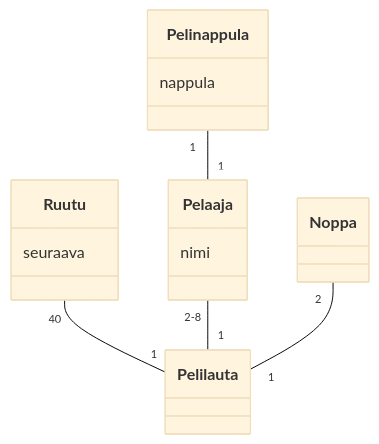
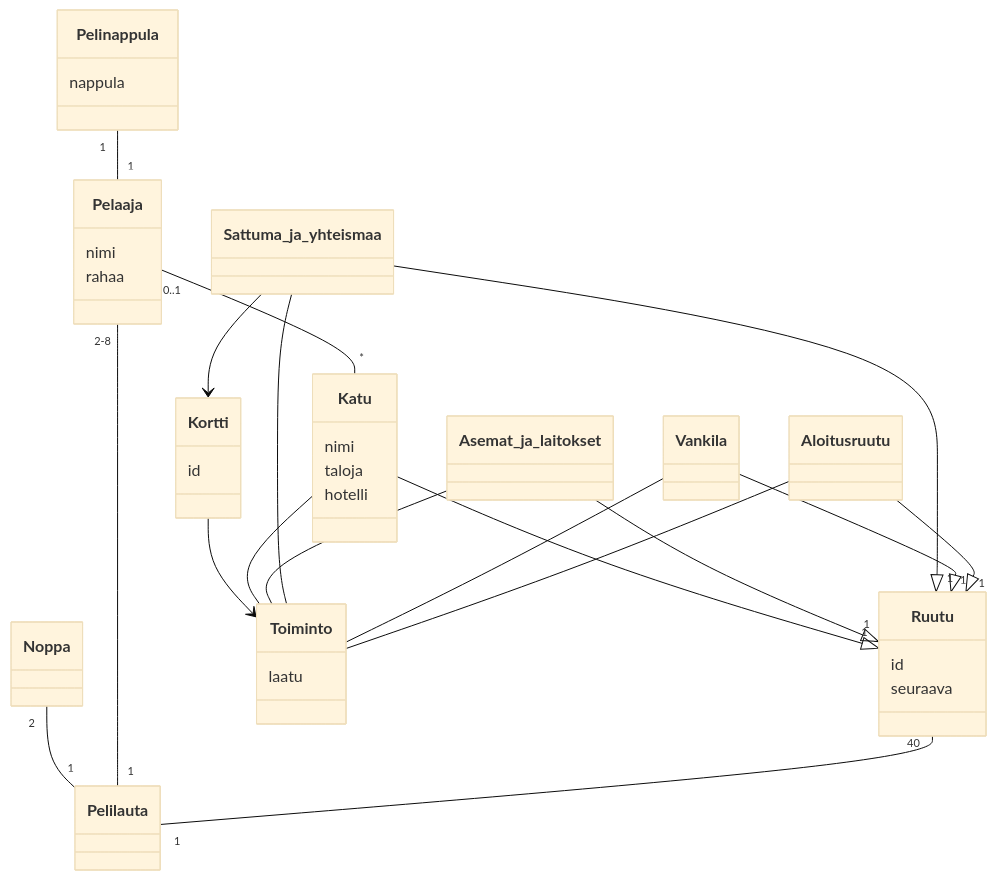
Before and after one commit to Veetihei/ot-harjoitustyo: the diagram in laskarit/viikko3/monopoli.md, drawn with Mermaid (base theme).

Commit message:
Monopoli version 2

````diff
--- a/laskarit/viikko3/monopoli.md
+++ b/laskarit/viikko3/monopoli.md
@@ -3,23 +3,60 @@
 ```mermaid
 classDiagram
   Ruutu "40" -- "1" Pelilauta
   Pelaaja "2-8" -- "1" Pelilauta
   Noppa "2" -- "1" Pelilauta
   Pelinappula "1" -- "1" Pelaaja
+  Aloitusruutu --|> "1" Ruutu
+  Aloitusruutu -- Toiminto
+  Vankila --|> "1" Ruutu
+  Vankila -- Toiminto
+  Sattuma_ja_yhteismaa --|> "1" Ruutu
+  Sattuma_ja_yhteismaa -- Toiminto
+  Asemat_ja_laitokset --|> "1" Ruutu
+  Asemat_ja_laitokset -- Toiminto
+  Katu --|> "1" Ruutu
+  Katu -- Toiminto
+  Sattuma_ja_yhteismaa --> Kortti
+  Kortti --> Toiminto
+  Pelaaja "0..1" -- "*" Katu
   class Noppa{
 
   }
   class Pelaaja{
     nimi
+    rahaa
   }
   class Pelilauta{
   
   }
   class Ruutu{
+    id
     seuraava
   }
   class Pelinappula{
     nappula
   }
+  class Aloitusruutu{
   
+  }
+  class Vankila{
+  
+  }
+  class Sattuma_ja_yhteismaa{
+  
+  }
+  class Asemat_ja_laitokset{
+  
+  }
+  class Katu{
+    nimi
+    taloja
+    hotelli
+  }
+  class Kortti{
+    id
+  }
+  class Toiminto{
+    laatu
+  }
 ```
````
